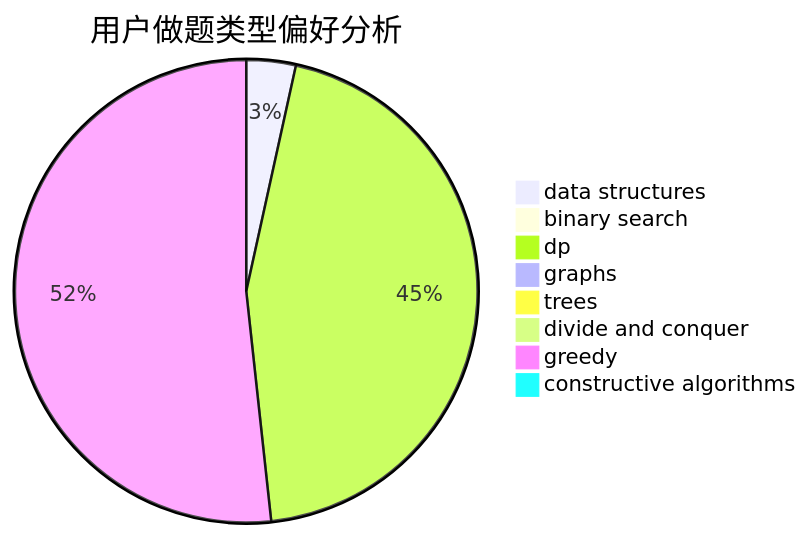
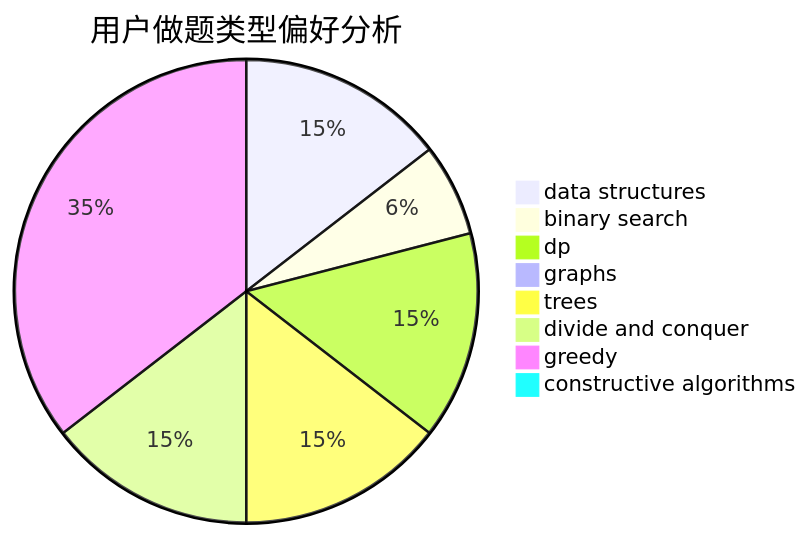
Before and after one commit to sherpahu/cfrs.github.io: the second of 3 diagrams in docs/user/u2191.md, drawn with Mermaid. The commit also changed other lines of this file and 2770 other files, not shown here.

````diff
--- a/docs/user/u2191.md
+++ b/docs/user/u2191.md
@@ -23,11 +23,11 @@
 ```mermaid
 pie title 用户做题类型偏好分析
-    "data structures" :  2
-    "binary search" :  0
-    "dp" :  26
+    "data structures" :  9
+    "binary search" :  4
+    "dp" :  9
     "graphs" :  0
-    "trees" :  0
-    "divide and conquer" :  0
-    "greedy" :  30
+    "trees" :  9
+    "divide and conquer" :  9
+    "greedy" :  22
     "constructive algorithms" :  0
 ```
````
